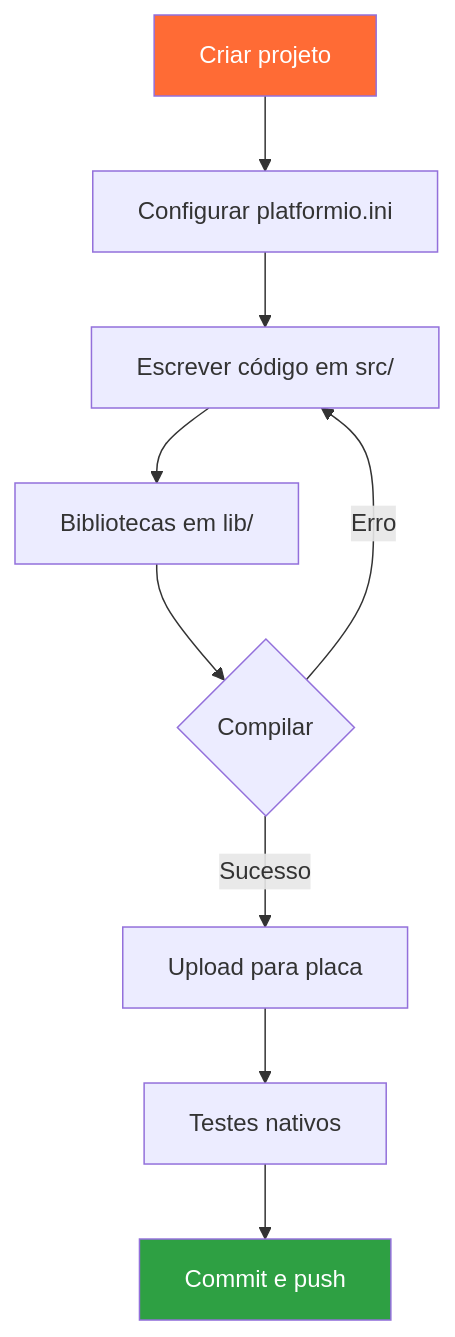
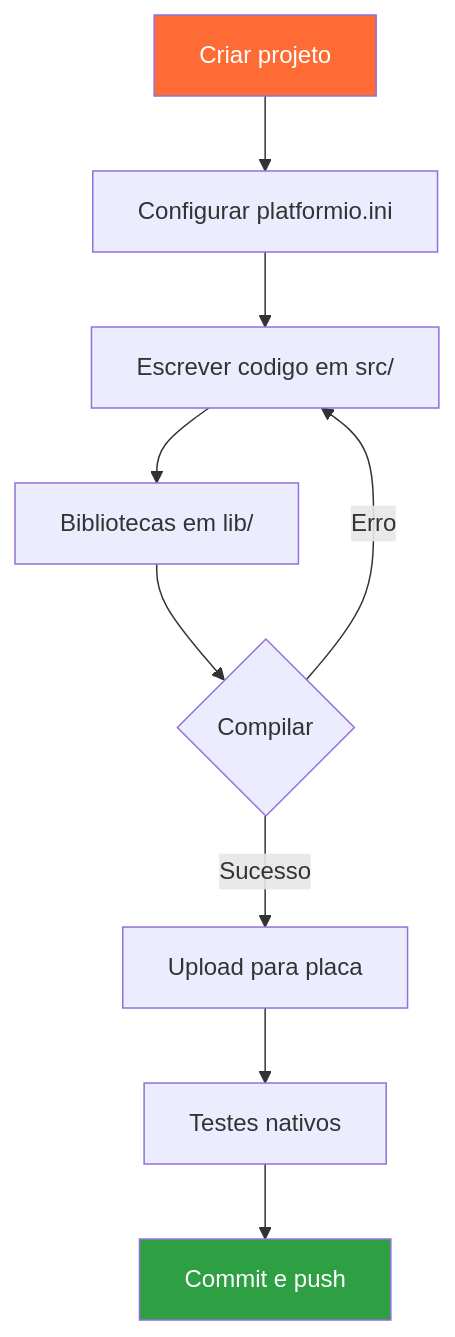
The diagram in docs/trilhas/platformio.md (ViniciusCMB/telemetry-trainee-program), drawn with Mermaid before and after one commit. The commit also changed 8 other files, not shown here.

First line of the commit message:
fix: corrige syntaxe Mermaid flowcharts para exibicao web

````diff
--- a/docs/trilhas/platformio.md
+++ b/docs/trilhas/platformio.md
@@ -20,14 +20,14 @@
 ```mermaid
 flowchart TD
-    A[ Criar projeto] --> B[Configurar platformio.ini]
-    B --> C[Escrever código em src/]
+    A[Criar projeto] --> B[Configurar platformio.ini]
+    B --> C[Escrever codigo em src/]
     C --> D[Bibliotecas em lib/]
     D --> E{Compilar}
     E -->|Sucesso| F[Upload para placa]
     E -->|Erro| C
     F --> G[Testes nativos]
     G --> H[Commit e push]
     
     style A fill:#ff6b35,color:#fff
     style H fill:#2ea043,color:#fff
 ```
````
